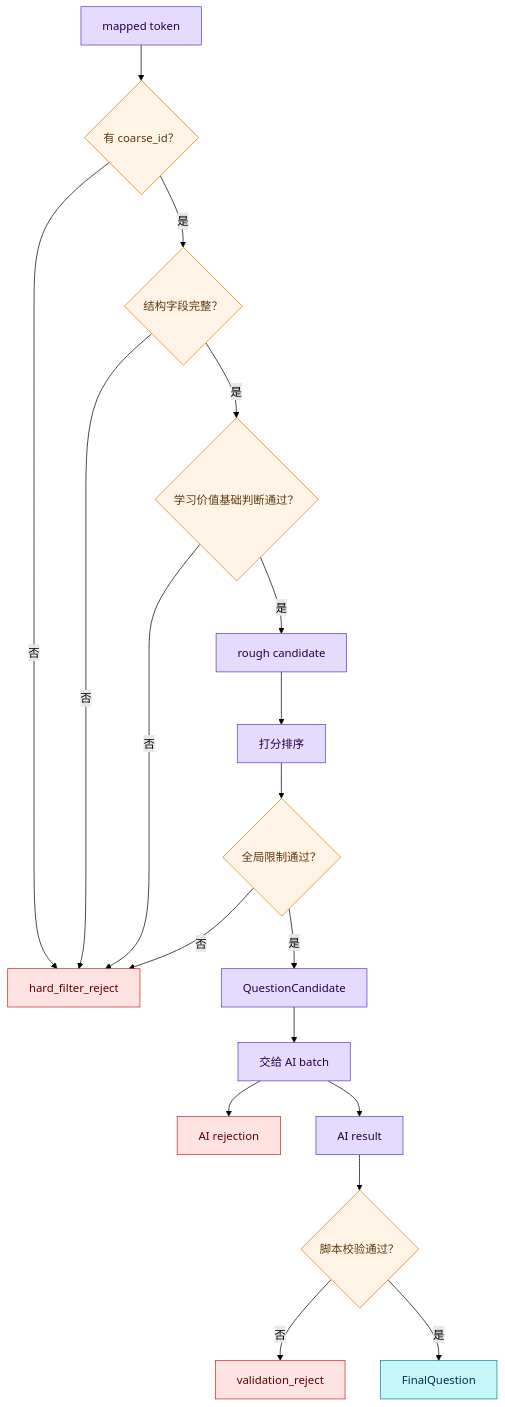
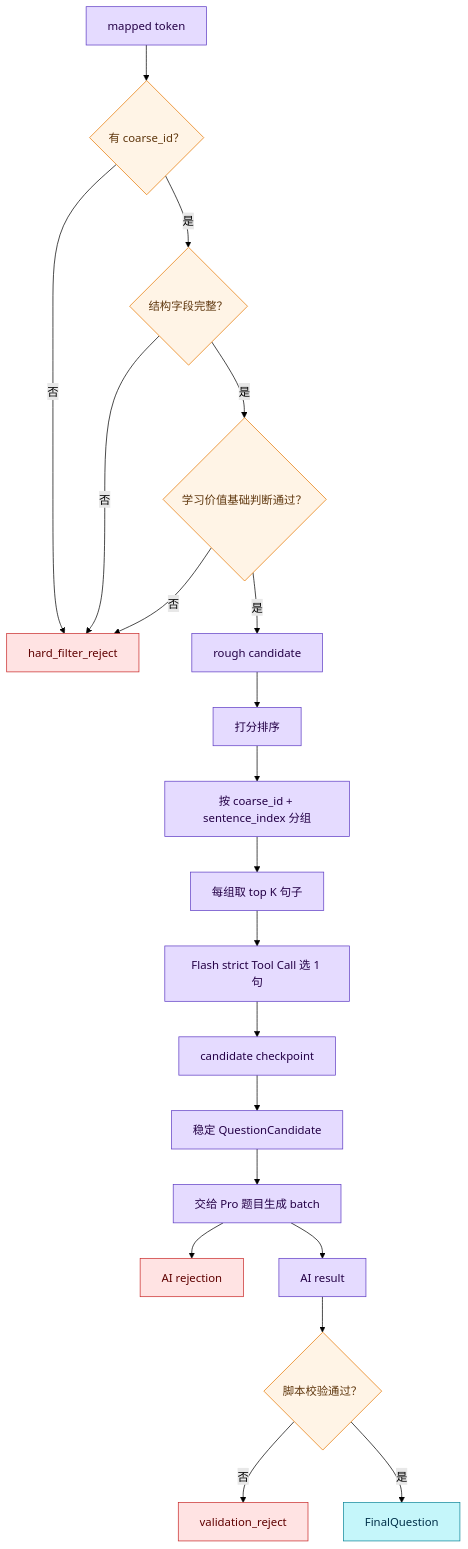
One commit to acquisit-ai/simple-audio-processing changed the third of 6 diagrams in 题目生成流程.md. Above: the diagram before and after it, drawn with Mermaid (forest theme). The commit also changed other lines of this file and 6 other files, not shown here.

````diff
--- a/题目生成流程.md
+++ b/题目生成流程.md
@@ -229,30 +253,32 @@
 ```mermaid
 graph TB
     token["mapped token"] --> hascoarse{"有 coarse_id？"}
     hascoarse -->|否| reject1["hard_filter_reject"]
     hascoarse -->|是| structure{"结构字段完整？"}
     structure -->|否| reject1
     structure -->|是| value{"学习价值基础判断通过？"}
     value -->|否| reject1
     value -->|是| rough["rough candidate"]
     rough --> score["打分排序"]
-    score --> limit{"全局限制通过？"}
-    limit -->|否| reject1
-    limit -->|是| selected["QuestionCandidate"]
-    selected --> ai["交给 AI batch"]
+    score --> group["按 coarse_id + sentence_index 分组"]
+    group --> topk["每组取 top K 句子"]
+    topk --> flash["Flash strict Tool Call 选 1 句"]
+    flash --> cpt["candidate checkpoint"]
+    cpt --> selected["稳定 QuestionCandidate"]
+    selected --> ai["交给 Pro 题目生成 batch"]
     ai --> aireject["AI rejection"]
     ai --> airesult["AI result"]
     airesult --> validate{"脚本校验通过？"}
     validate -->|否| valreject["validation_reject"]
     validate -->|是| final["FinalQuestion"]
 
     classDef reject fill:#ffe3e3,stroke:#c92a2a,color:#5f0000;
     classDef process fill:#e5dbff,stroke:#5f3dc4,color:#240046;
     classDef decision fill:#fff4e6,stroke:#e67700,color:#5f370e;
     classDef output fill:#c5f6fa,stroke:#0c8599,color:#003049;
 
     class reject1,aireject,valreject reject;
-    class token,rough,score,selected,ai,airesult process;
-    class hascoarse,structure,value,limit,validate decision;
+    class token,rough,score,group,topk,flash,cpt,selected,ai,airesult process;
+    class hascoarse,structure,value,validate decision;
     class final output;
 ```
````
